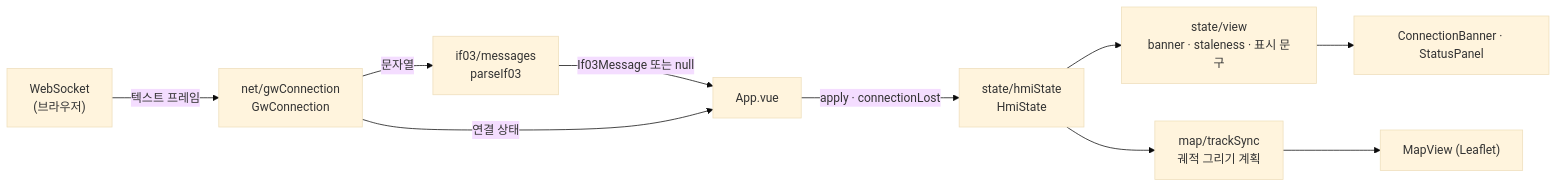
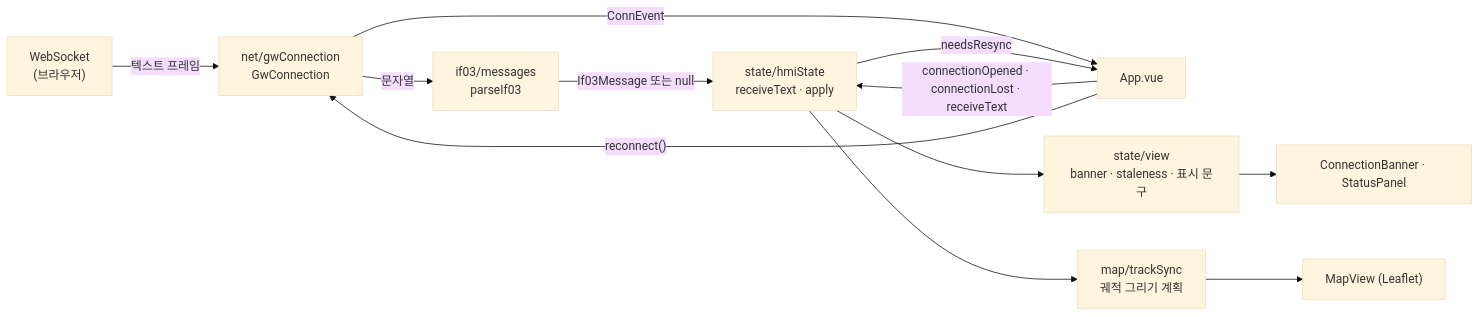
One commit to PuniPaw/ugv-control-hmi changed the fifth of 6 diagrams in docs/03_SDD.md. Above: the diagram before and after it, drawn with Mermaid (base theme). The commit also changed other lines of this file and 5 other files, not shown here.

````diff
--- a/docs/03_SDD.md
+++ b/docs/03_SDD.md
@@ -187,12 +188,14 @@
 ```mermaid
 flowchart LR
     WS["WebSocket<br/>(브라우저)"] -->|텍스트 프레임| CONN["net/gwConnection<br/>GwConnection"]
     CONN -->|문자열| PARSE["if03/messages<br/>parseIf03"]
-    PARSE -->|If03Message 또는 null| APP["App.vue"]
-    CONN -->|연결 상태| APP
-    APP -->|"apply · connectionLost"| STATE["state/hmiState<br/>HmiState"]
+    PARSE -->|If03Message 또는 null| STATE["state/hmiState<br/>receiveText · apply"]
+    CONN -->|"ConnEvent"| APP["App.vue"]
+    APP -->|"connectionOpened · connectionLost · receiveText"| STATE
+    STATE -->|"needsResync"| APP
+    APP -->|"reconnect()"| CONN
     STATE --> VIEW["state/view<br/>banner · staleness · 표시 문구"]
     STATE --> SYNC["map/trackSync<br/>궤적 그리기 계획"]
     VIEW --> UI["ConnectionBanner · StatusPanel"]
     SYNC --> MAP["MapView (Leaflet)"]
 ```
````
